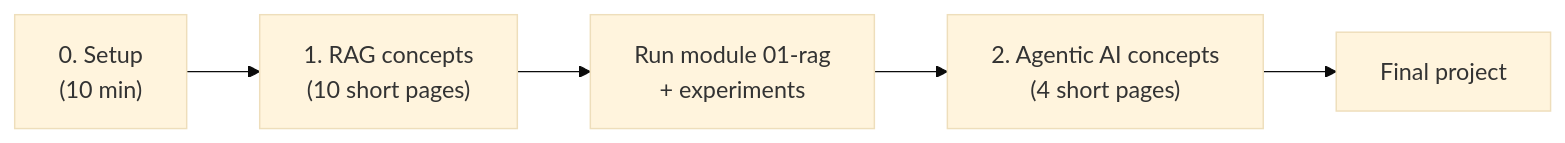
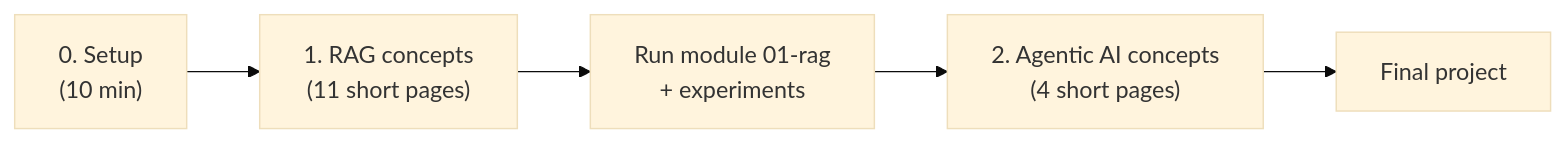
One commit to prudhivi99/Agentic-System-Design changed the diagram in README.md. Above: the diagram before and after it, drawn with Mermaid (base theme). The commit also changed other lines of this file and 12 other files, not shown here.

Commit message:
Add "Advanced RAG patterns" page with diagrams

````diff
--- a/README.md
+++ b/README.md
@@ -13,7 +13,7 @@
 ```mermaid
 flowchart LR
-    S["0. Setup<br/>(10 min)"] --> R["1. RAG concepts<br/>(10 short pages)"]
+    S["0. Setup<br/>(10 min)"] --> R["1. RAG concepts<br/>(11 short pages)"]
     R --> M1["Run module 01-rag<br/>+ experiments"]
     M1 --> A["2. Agentic AI concepts<br/>(4 short pages)"]
     A --> P["Final project"]
 ```
````
